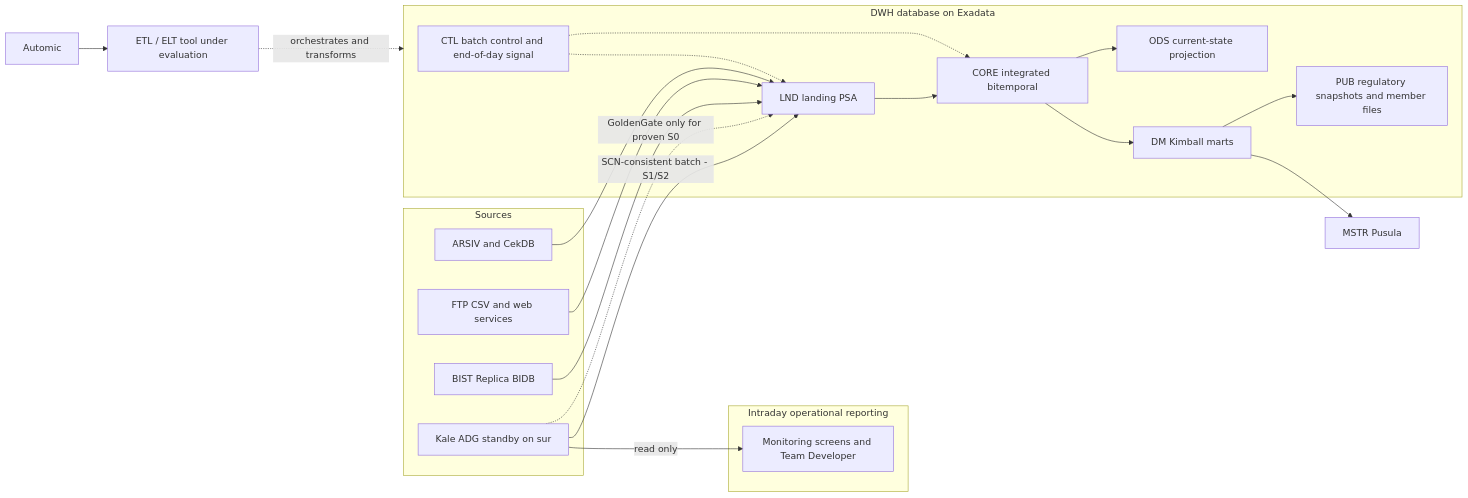
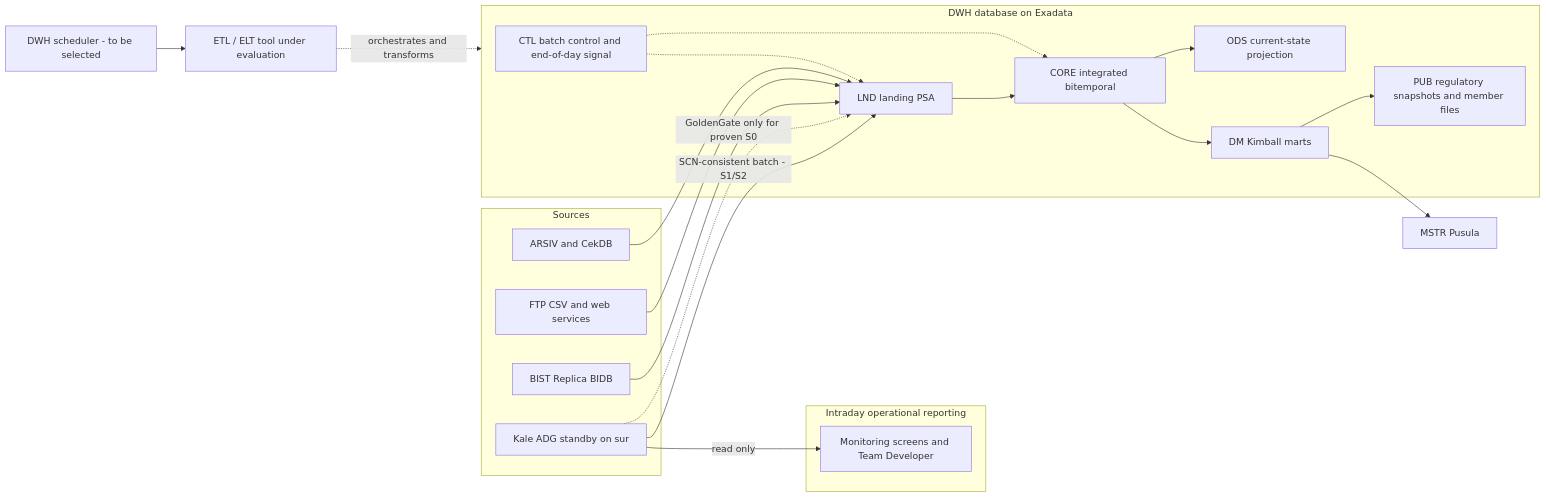
Before and after one commit to hanifidemirel0/Cursor-Projects: the diagram in Obsidian Vault/Kendi Notlarım/ETL Tool Comparison.md, drawn with Mermaid. The commit also changed other lines of this file and 10 other files, not shown here.

Commit message:
Record that Automic will not be the DWH scheduler; scheduler under evaluation

````diff
--- a/Obsidian Vault/Kendi Notlarım/ETL Tool Comparison.md
+++ b/Obsidian Vault/Kendi Notlarım/ETL Tool Comparison.md
@@ -73,33 +76,33 @@
 ```mermaid
 flowchart LR
     subgraph src [Sources]
         Standby[Kale ADG standby on sur]
         Bidb[BIST Replica BIDB]
         Files[FTP CSV and web services]
         Arsiv[ARSIV and CekDB]
     end
     subgraph ops [Intraday operational reporting]
         Izleme[Monitoring screens and Team Developer]
     end
     subgraph dwh [DWH database on Exadata]
         Ctl[CTL batch control and end-of-day signal]
         Lnd[LND landing PSA]
         Core[CORE integrated bitemporal]
         Ods[ODS current-state projection]
         Dm[DM Kimball marts]
         Pub[PUB regulatory snapshots and member files]
     end
     Standby -->|read only| Izleme
     Standby -->|SCN-consistent batch - S1/S2| Lnd
     Standby -. GoldenGate only for proven S0 .-> Lnd
     Bidb --> Lnd
     Files --> Lnd
     Arsiv --> Lnd
     Lnd --> Core --> Dm --> Pub
     Core --> Ods
     Dm --> MSTR[MSTR Pusula]
     Ctl -.-> Lnd
     Ctl -.-> Core
     ETL[ETL / ELT tool under evaluation] -. orchestrates and transforms .-> dwh
-    Automic[Automic] --> ETL
+    Scheduler[DWH scheduler - to be selected] --> ETL
 ```
````
